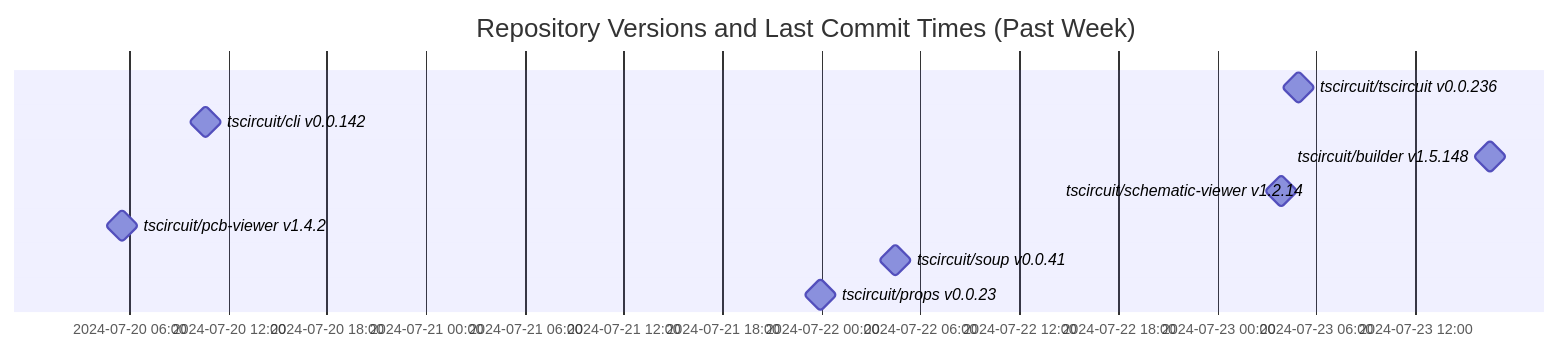
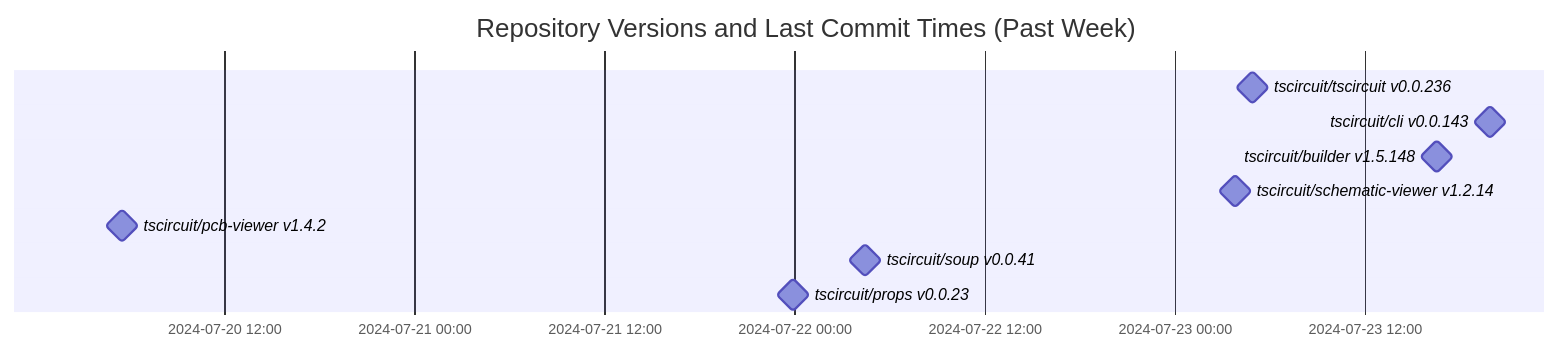
Before and after one commit to tscircuit/version-tracker: the diagram in README.md, drawn with Mermaid.

Commit message:
Update chart

````diff
--- a/README.md
+++ b/README.md
@@ -1,14 +1,14 @@
 ```mermaid
 gantt
   dateFormat  YYYY-MM-DD HH:mm:ss
   title Repository Versions and Last Commit Times (Past Week)
   axisFormat %Y-%m-%d %H:%M
 
   tscircuit/tscircuit v0.0.236 : milestone, 2024-07-23 04:55:43, 1s
-  tscircuit/cli v0.0.142 : milestone, 2024-07-20 10:36:15, 1s
+  tscircuit/cli v0.0.143 : milestone, 2024-07-23 19:55:41, 1s
   tscircuit/builder v1.5.148 : milestone, 2024-07-23 16:33:04, 1s
   tscircuit/schematic-viewer v1.2.14 : milestone, 2024-07-23 03:50:56, 1s
   tscircuit/pcb-viewer v1.4.2 : milestone, 2024-07-20 05:34:23, 1s
   tscircuit/soup v0.0.41 : milestone, 2024-07-22 04:28:33, 1s
   tscircuit/props v0.0.23 : milestone, 2024-07-21 23:57:13, 1s
 ```
````
